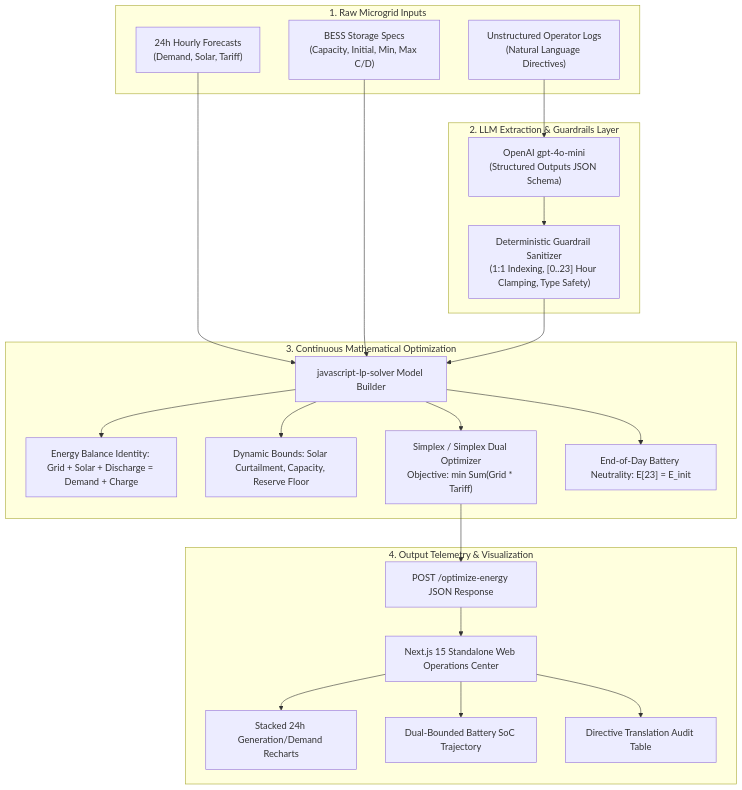
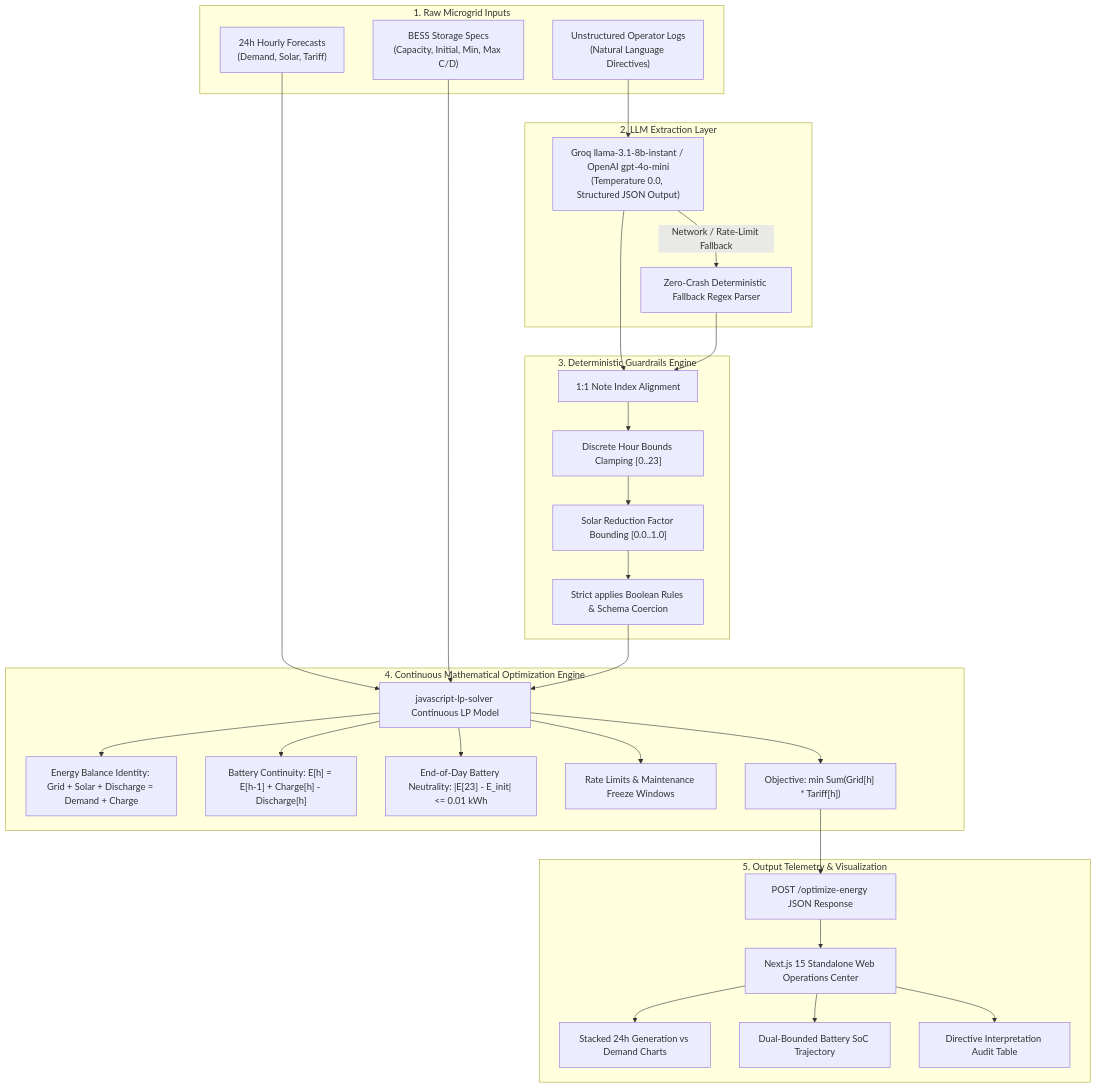
The diagram in README.md (koalacute346-dev/smart_grid), drawn with Mermaid before and after one commit. The commit also changed other lines of this file and 2 other files, not shown here.

````diff
--- a/README.md
+++ b/README.md
@@ -19,37 +22,47 @@
 ```mermaid
 flowchart TD
     subgraph Inputs["1. Raw Microgrid Inputs"]
         A1["24h Hourly Forecasts<br/>(Demand, Solar, Tariff)"]
         A2["BESS Storage Specs<br/>(Capacity, Initial, Min, Max C/D)"]
         A3["Unstructured Operator Logs<br/>(Natural Language Directives)"]
     end
 
-    subgraph LLMPipeline["2. LLM Extraction & Guardrails Layer"]
-        B1["OpenAI gpt-4o-mini<br/>(Structured Outputs JSON Schema)"]
-        B2["Deterministic Guardrail Sanitizer<br/>(1:1 Indexing, [0..23] Hour Clamping, Type Safety)"]
+    subgraph LLMPipeline["2. LLM Extraction Layer"]
+        B1["Groq llama-3.1-8b-instant / OpenAI gpt-4o-mini<br/>(Temperature 0.0, Structured JSON Output)"]
+        B2["Zero-Crash Deterministic Fallback Regex Parser"]
+        B1 -->|Network / Rate-Limit Fallback| B2
     end
 
-    subgraph LPSolver["3. Continuous Mathematical Optimization"]
-        C1["javascript-lp-solver Model Builder"]
-        C2["Energy Balance Identity: Grid + Solar + Discharge = Demand + Charge"]
-        C3["Dynamic Bounds: Solar Curtailment, Capacity, Reserve Floor"]
-        C4["Simplex / Simplex Dual Optimizer<br/>Objective: min Sum(Grid * Tariff)"]
-        C5["End-of-Day Battery Neutrality: E[23] = E_init"]
+    subgraph Guardrails["3. Deterministic Guardrails Engine"]
+        C1["1:1 Note Index Alignment"]
+        C2["Discrete Hour Bounds Clamping [0..23]"]
+        C3["Solar Reduction Factor Bounding [0.0..1.0]"]
+        C4["Strict applies Boolean Rules & Schema Coercion"]
     end
 
-    subgraph Outputs["4. Output Telemetry & Visualization"]
-        D1["POST /optimize-energy JSON Response"]
-        D2["Next.js 15 Standalone Web Operations Center"]
-        D3["Stacked 24h Generation/Demand Recharts"]
-        D4["Dual-Bounded Battery SoC Trajectory"]
-        D5["Directive Translation Audit Table"]
+    subgraph LPSolver["4. Continuous Mathematical Optimization Engine"]
+        D1["javascript-lp-solver Continuous LP Model"]
+        D2["Energy Balance Identity: Grid + Solar + Discharge = Demand + Charge"]
+        D3["Battery Continuity: E[h] = E[h-1] + Charge[h] - Discharge[h]"]
+        D4["End-of-Day Battery Neutrality: |E[23] - E_init| <= 0.01 kWh"]
+        D5["Rate Limits & Maintenance Freeze Windows"]
+        D6["Objective: min Sum(Grid[h] * Tariff[h])"]
+    end
+
+    subgraph Outputs["5. Output Telemetry & Visualization"]
+        E1["POST /optimize-energy JSON Response"]
+        E2["Next.js 15 Standalone Web Operations Center"]
+        E3["Stacked 24h Generation vs Demand Charts"]
+        E4["Dual-Bounded Battery SoC Trajectory"]
+        E5["Directive Interpretation Audit Table"]
     end
 
     A3 --> B1
-    B1 --> B2
-    A1 & A2 & B2 --> C1
-    C1 --> C2 & C3 & C4 & C5
-    C4 --> D1
-    D1 --> D2
-    D2 --> D3 & D4 & D5
+    B1 & B2 --> C1
+    C1 --> C2 --> C3 --> C4
+    A1 & A2 & C4 --> D1
+    D1 --> D2 & D3 & D4 & D5 & D6
+    D6 --> E1
+    E1 --> E2
+    E2 --> E3 & E4 & E5
 ```
````
